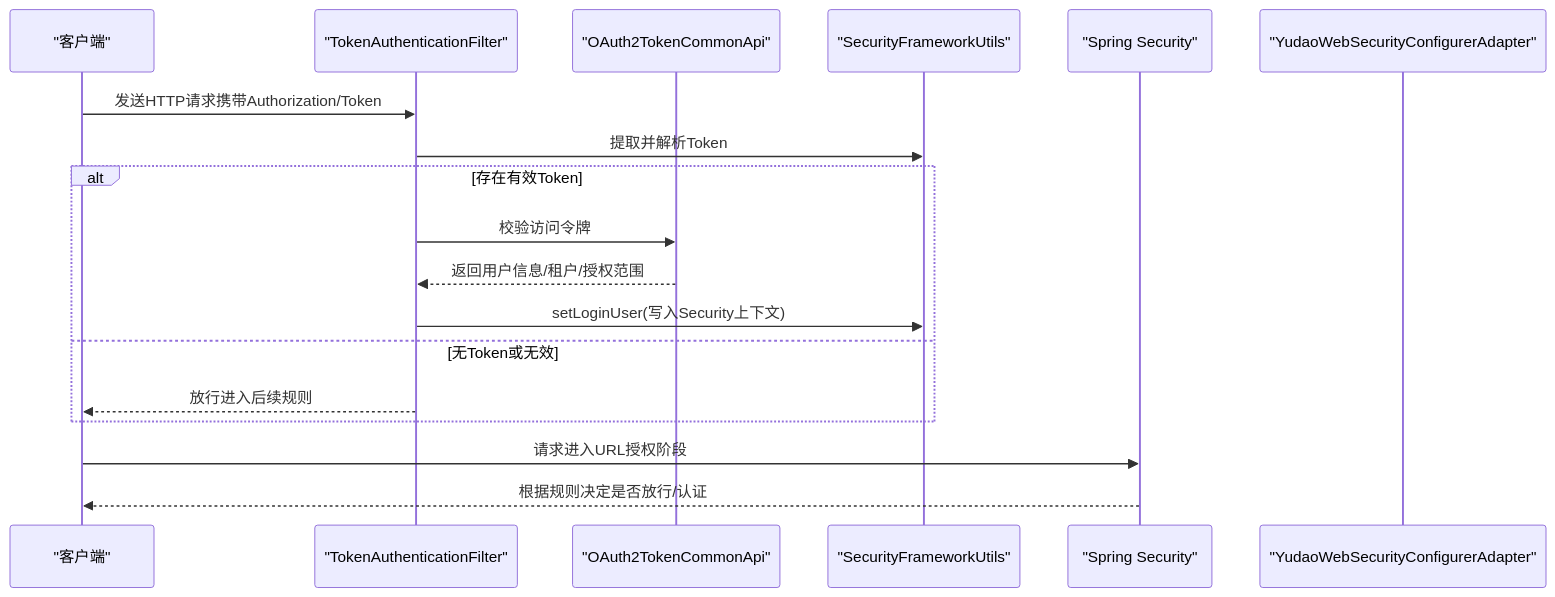
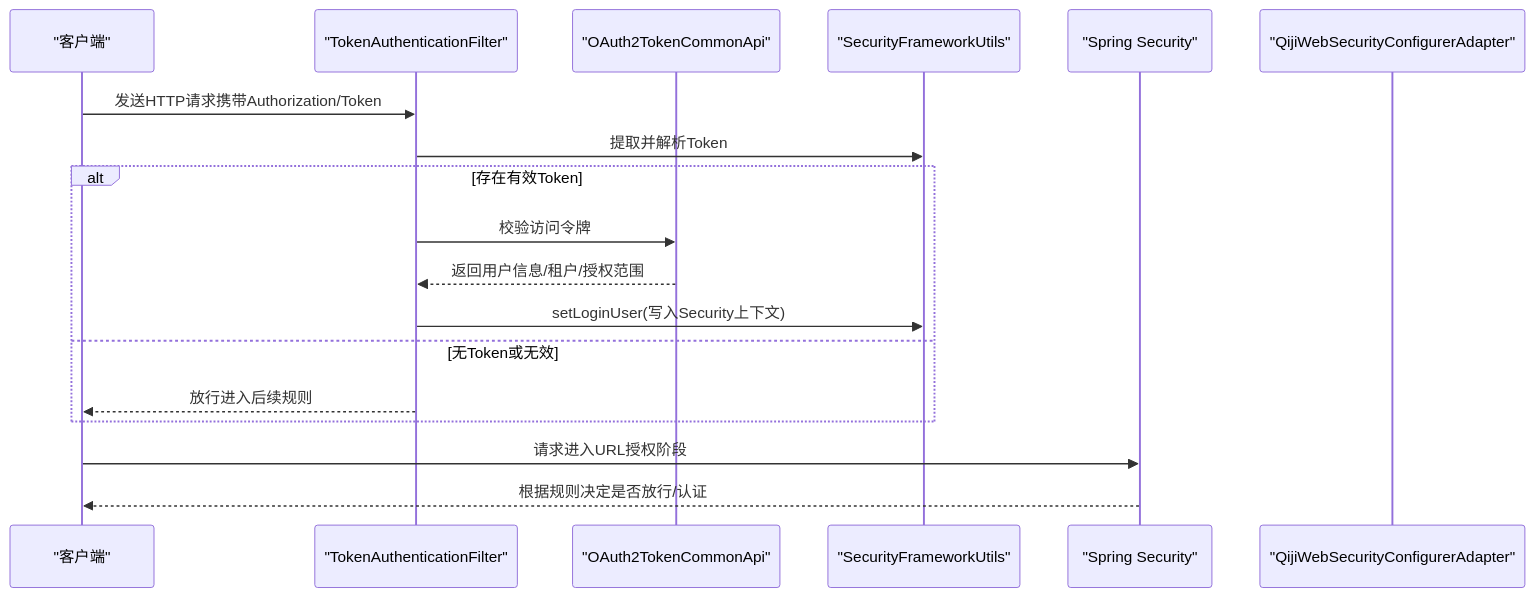
One commit to zhuangpengLI/AgenticCPS changed the second of 6 diagrams in backend/.qoder/repowiki/zh/content/安全与权限/权限控制/权限验证机制.md. Above: the diagram before and after it, drawn with Mermaid. The commit also changed other lines of this file and 3489 other files, not shown here.

````diff
--- a/backend/.qoder/repowiki/zh/content/安全与权限/权限控制/权限验证机制.md
+++ b/backend/.qoder/repowiki/zh/content/安全与权限/权限控制/权限验证机制.md
@@ -131,20 +131,20 @@
 ```mermaid
 sequenceDiagram
 participant C as "客户端"
 participant F as "TokenAuthenticationFilter"
 participant OA as "OAuth2TokenCommonApi"
 participant U as "SecurityFrameworkUtils"
 participant SEC as "Spring Security"
-participant CFG as "YudaoWebSecurityConfigurerAdapter"
+participant CFG as "QijiWebSecurityConfigurerAdapter"
 C->>F : 发送HTTP请求携带Authorization/Token
 F->>U : 提取并解析Token
 alt 存在有效Token
 F->>OA : 校验访问令牌
 OA-->>F : 返回用户信息/租户/授权范围
 F->>U : setLoginUser(写入Security上下文)
 else 无Token或无效
 F-->>C : 放行进入后续规则
 end
 C->>SEC : 请求进入URL授权阶段
 SEC-->>C : 根据规则决定是否放行/认证
 ```
````
